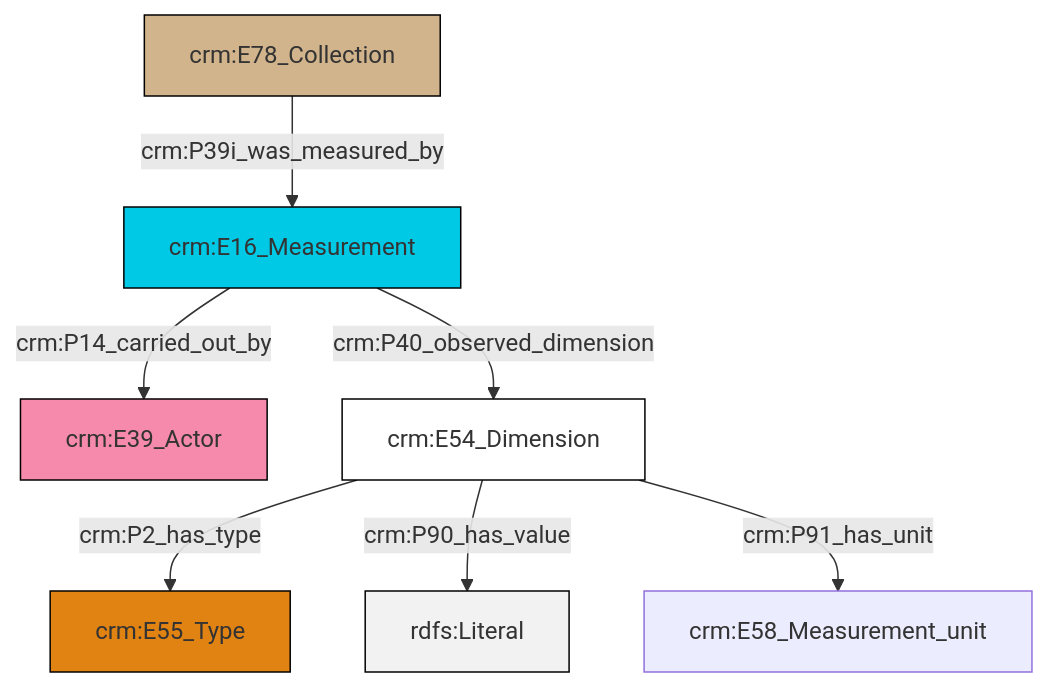
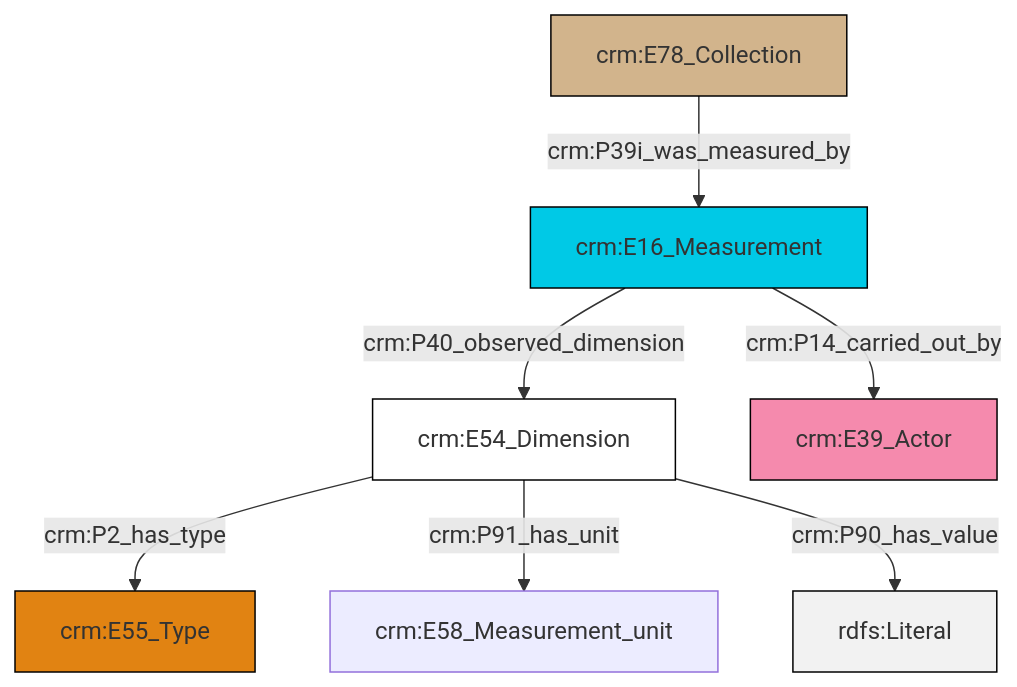
Before and after one commit to swiss-art-research-net/docs.swissartresearch: the diagram in et/archivalCSV/ttl/mmd/archival_substance.ttl.mmd, drawn with Mermaid. The commit also changed 174 other files, not shown here.

```diff
--- a/et/archivalCSV/ttl/mmd/archival_substance.ttl.mmd
+++ b/et/archivalCSV/ttl/mmd/archival_substance.ttl.mmd
@@ -1,21 +1,21 @@
 graph TD
 classDef Literal fill:#f2f2f2,stroke:#000000;
 classDef CRM_Entity fill:#FFFFFF,stroke:#000000;
 classDef Temporal_Entity fill:#00C9E6, stroke:#000000;
 classDef Type fill:#E18312, stroke:#000000;
 classDef Time-Span fill:#2C9C91, stroke:#000000;
 classDef Appellation fill:#FFEB7F, stroke:#000000;
 classDef Place fill:#008836, stroke:#000000;
 classDef Persistent_Item fill:#B266B2, stroke:#000000;
 classDef Conceptual_Object fill:#FFD700, stroke:#000000;
 classDef Physical_Thing fill:#D2B48C, stroke:#000000;
 classDef Actor fill:#f58aad, stroke:#000000;
 classDef PC_Classes fill:#4ce600, stroke:#000000;
 classDef Multi fill:#cccccc,stroke:#000000;
 
-4["crm:E78_Collection"]:::Physical_Thing -->|crm:P39i_was_measured_by| 6["crm:E16_Measurement"]:::Temporal_Entity
-7["crm:E54_Dimension"]:::CRM_Entity -->|crm:P2_has_type| 2["crm:E55_Type"]:::Type
-7["crm:E54_Dimension"]:::CRM_Entity -->|crm:P90_has_value| 8[rdfs:Literal]:::Literal
-7["crm:E54_Dimension"]:::CRM_Entity -->|crm:P91_has_unit| 9["crm:E58_Measurement_unit"]:::Default
-6["crm:E16_Measurement"]:::Temporal_Entity -->|crm:P14_carried_out_by| 0["crm:E39_Actor"]:::Actor
-6["crm:E16_Measurement"]:::Temporal_Entity -->|crm:P40_observed_dimension| 7["crm:E54_Dimension"]:::CRM_Entity
+0["crm:E16_Measurement"]:::Temporal_Entity -->|crm:P40_observed_dimension| 1["crm:E54_Dimension"]:::CRM_Entity
+1["crm:E54_Dimension"]:::CRM_Entity -->|crm:P2_has_type| 7["crm:E55_Type"]:::Type
+1["crm:E54_Dimension"]:::CRM_Entity -->|crm:P91_has_unit| 5["crm:E58_Measurement_unit"]:::Default
+9["crm:E78_Collection"]:::Physical_Thing -->|crm:P39i_was_measured_by| 0["crm:E16_Measurement"]:::Temporal_Entity
+1["crm:E54_Dimension"]:::CRM_Entity -->|crm:P90_has_value| 10[rdfs:Literal]:::Literal
+0["crm:E16_Measurement"]:::Temporal_Entity -->|crm:P14_carried_out_by| 2["crm:E39_Actor"]:::Actor
```
